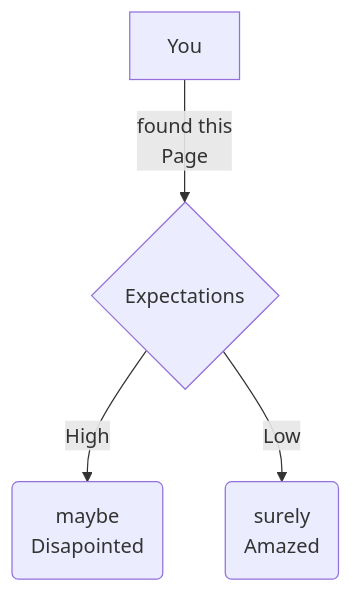
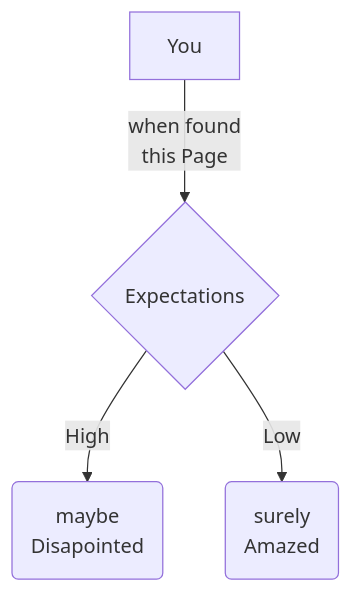
One commit to Mauwii/django_devops changed the diagram in docs/index.md. Above: the diagram before and after it, drawn with Mermaid. The commit also changed other lines of this file and 6 other files, not shown here.

````diff
--- a/docs/index.md
+++ b/docs/index.md
@@ -26,6 +26,6 @@
-```mermaid
+``` mermaid
 graph TD
-  You[You] -->|found this<br>Page| expectation{Expectations}
+  You[You] -->|when found<br>this Page| expectation{Expectations}
   expectation{Expectations} -->|High| Disapointed(maybe<br>Disapointed)
   expectation{Expectations} -->|Low| Amazed(surely<br>Amazed)
 ```
````
